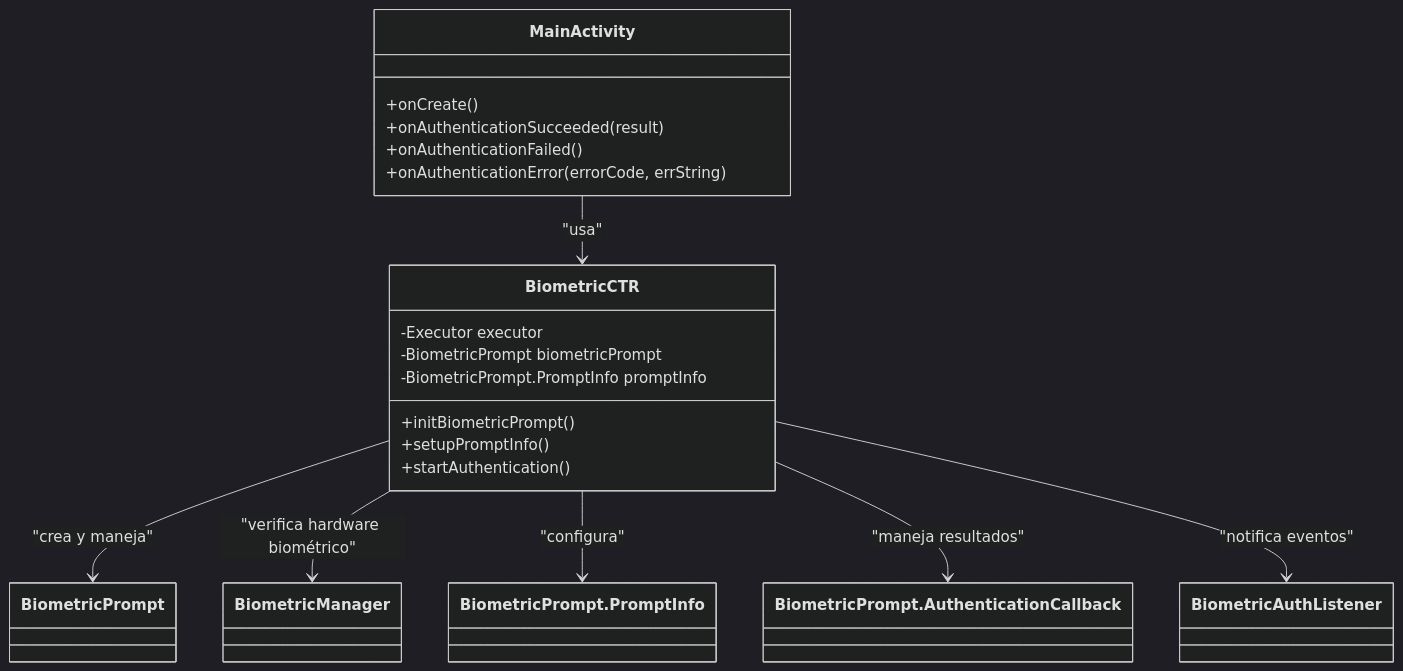
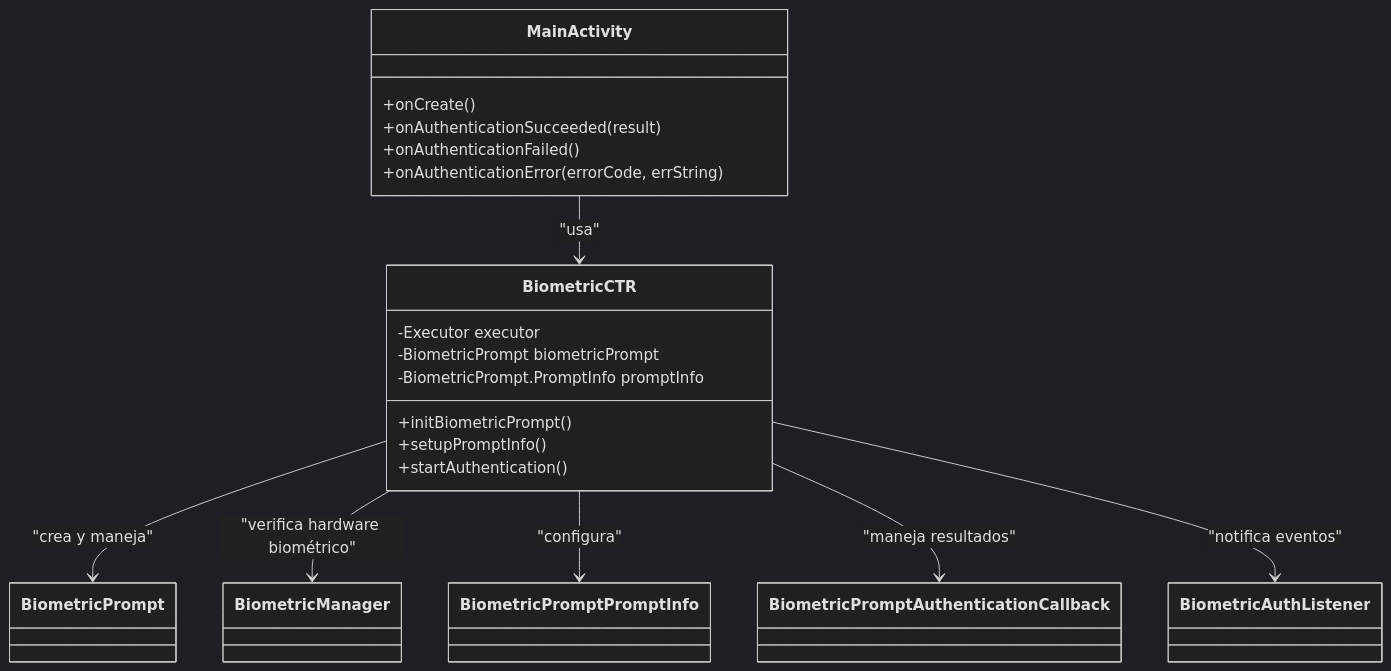
One commit to SentoMarcos/Biometric_Auth_Verif changed the diagram in README.md. Above: the diagram before and after it, drawn with Mermaid (dark theme). The commit also changed other lines of this file, not shown here.

````diff
--- a/README.md
+++ b/README.md
@@ -74,25 +74,25 @@
 ```mermaid
 classDiagram
     class MainActivity {
       +onCreate() 
       +onAuthenticationSucceeded(result)
       +onAuthenticationFailed()
       +onAuthenticationError(errorCode, errString)
     }
     
     class BiometricCTR {
       -Executor executor
       -BiometricPrompt biometricPrompt
       -BiometricPrompt.PromptInfo promptInfo
       +initBiometricPrompt() 
       +setupPromptInfo() 
       +startAuthentication() 
     }
     
     MainActivity --> BiometricCTR : "usa"
     BiometricCTR --> BiometricPrompt : "crea y maneja"
     BiometricCTR --> BiometricManager : "verifica hardware biométrico"
-    BiometricCTR --> BiometricPrompt.PromptInfo : "configura"
-    BiometricCTR --> BiometricPrompt.AuthenticationCallback : "maneja resultados"
+    BiometricCTR --> BiometricPromptPromptInfo : "configura"
+    BiometricCTR --> BiometricPromptAuthenticationCallback : "maneja resultados"
     BiometricCTR --> BiometricAuthListener : "notifica eventos"
 ```
````
